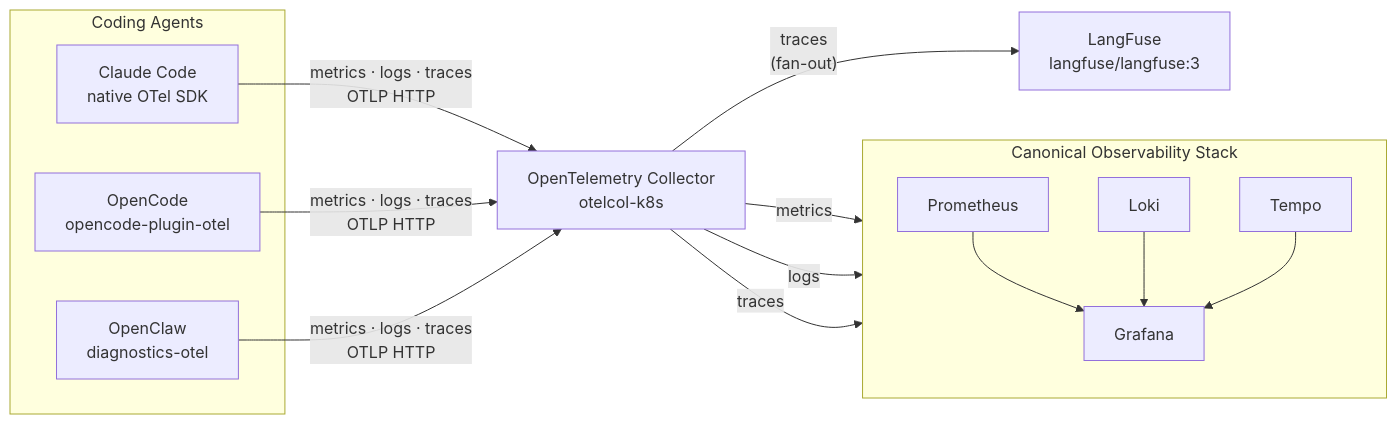
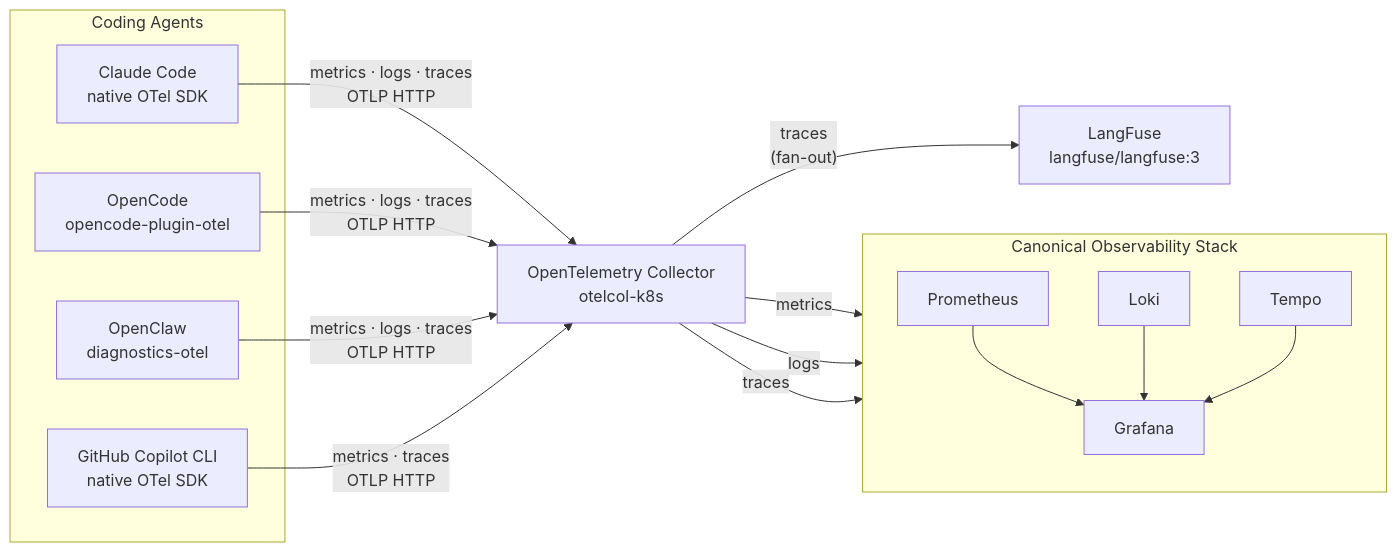
One commit to mmkay/observing-agents changed the diagram in docs/observability-architecture.md. Above: the diagram before and after it, drawn with Mermaid. The commit also changed other lines of this file and 2 other files, not shown here.

Commit message:
feat: Include Github Copilot in the dashboards

````diff
--- a/docs/observability-architecture.md
+++ b/docs/observability-architecture.md
@@ -45,32 +50,34 @@
 ```mermaid
 flowchart LR
     subgraph agents [Coding Agents]
         CC["Claude Code\nnative OTel SDK"]
         OC["OpenCode\nopencode-plugin-otel"]
         OCL["OpenClaw\ndiagnostics-otel"]
+        GHC["GitHub Copilot CLI\nnative OTel SDK"]
     end
 
     otelcol["OpenTelemetry Collector\notelcol-k8s"]
 
     subgraph cos [Canonical Observability Stack]
         direction TB
         Prometheus["Prometheus"]
         Loki["Loki"]
         Tempo["Tempo"]
         Grafana["Grafana"]
         Prometheus --> Grafana
         Loki --> Grafana
         Tempo --> Grafana
     end
 
     LangFuse["LangFuse\nlangfuse/langfuse:3"]
 
     CC -- "metrics · logs · traces\nOTLP HTTP" --> otelcol
     OC -- "metrics · logs · traces\nOTLP HTTP" --> otelcol
     OCL -- "metrics · logs · traces\nOTLP HTTP" --> otelcol
+    GHC -- "metrics · traces\nOTLP HTTP" --> otelcol
 
     otelcol -- metrics --> Prometheus
     otelcol -- logs --> Loki
     otelcol -- traces --> Tempo
     otelcol -- "traces\n(fan-out)" --> LangFuse
 ```
````
